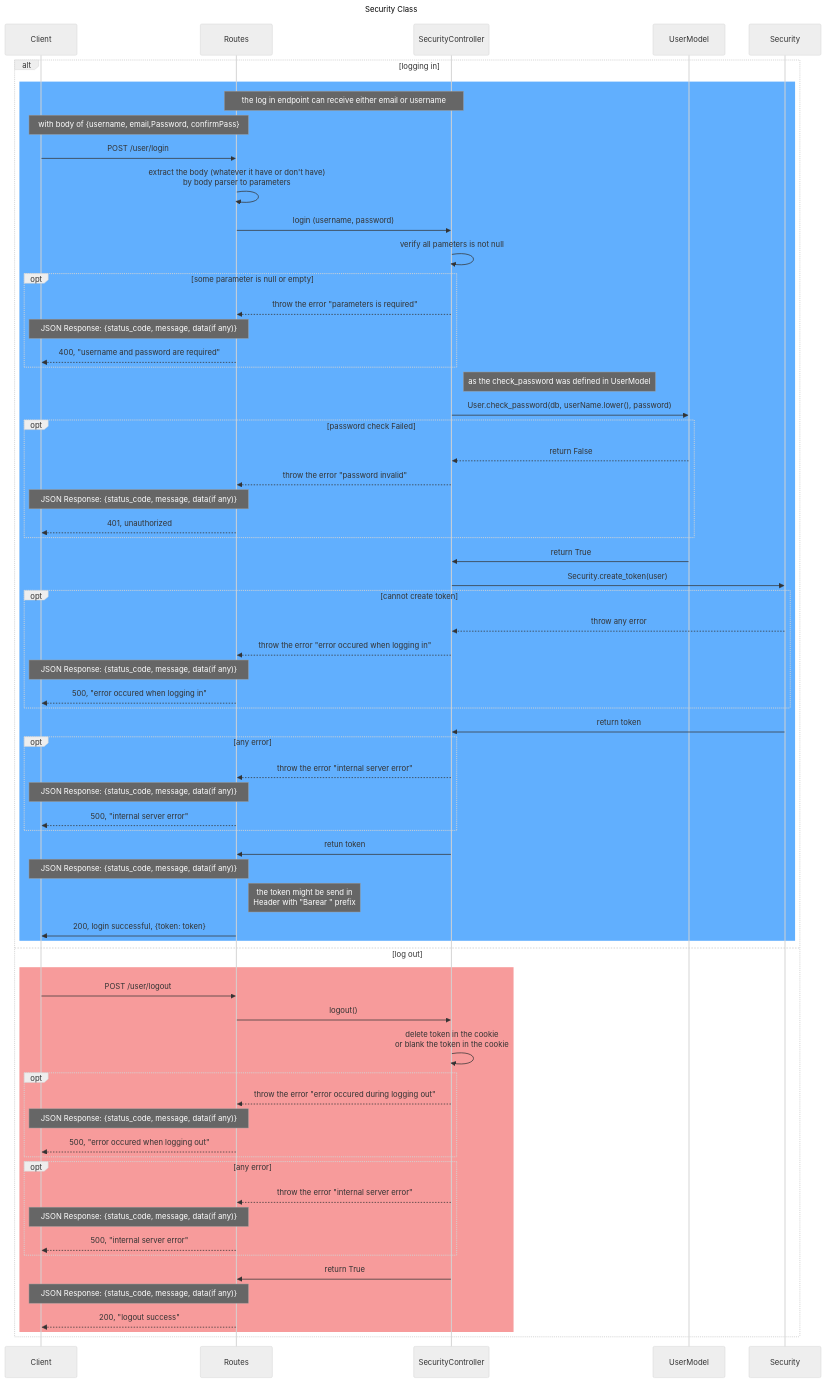
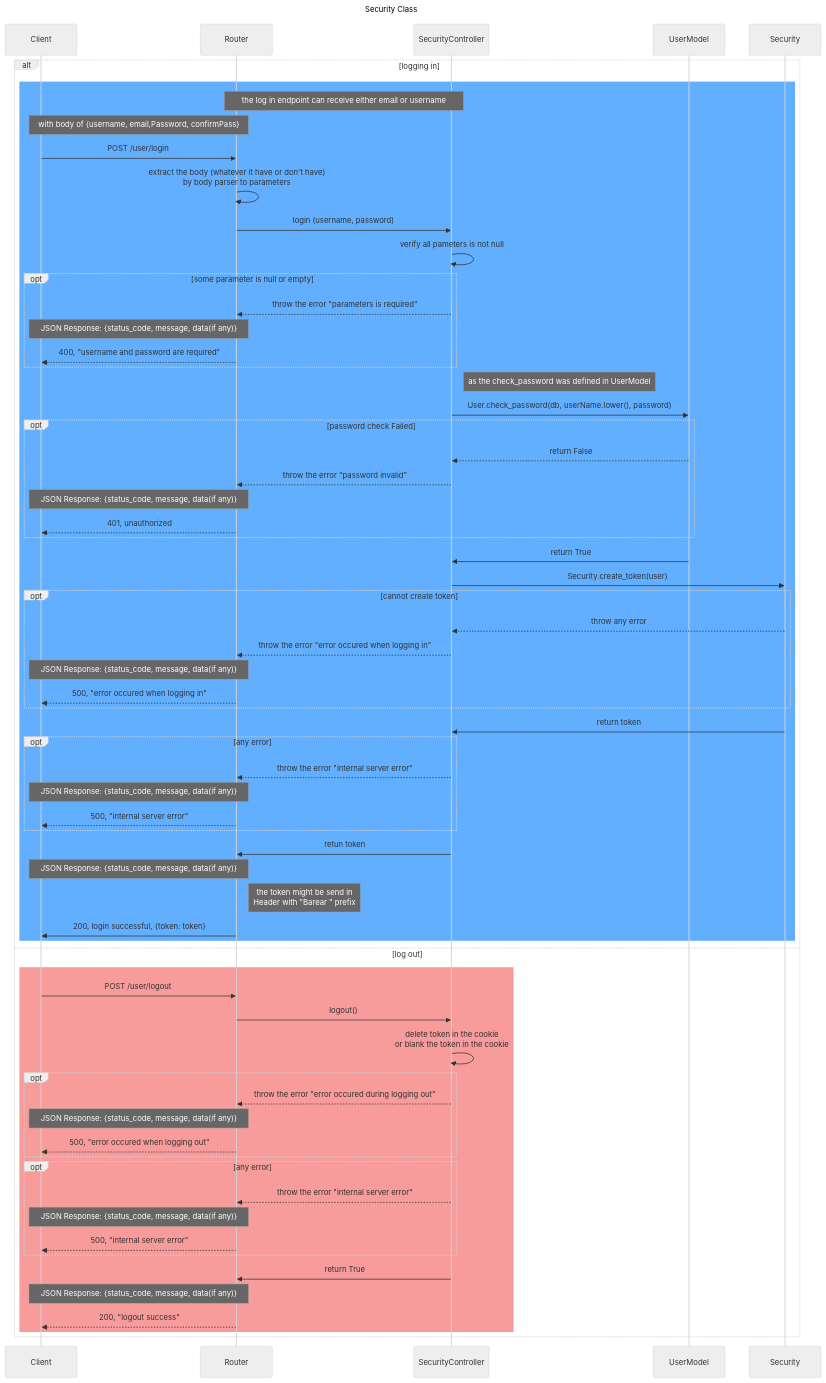
One commit to SawatKia/WealthTracking changed the diagram in design/Classes/Security.mmd. Above: the diagram before and after it, drawn with Mermaid (neutral theme). The commit also changed 7 other files, not shown here.

Commit message:
change Routes to Router

```diff
--- a/design/Classes/Security.mmd
+++ b/design/Classes/Security.mmd
@@ -1,72 +1,72 @@
 sequenceDiagram
     title Security Class
     participant Client
-    participant Routes
+    participant Router
     participant SecurityController
     participant UserModel
     participant Security
     
 
     alt logging in
         rect rgb(97,175,254)
-            Note over Routes, SecurityController: the log in endpoint can receive either email or username
-            Note over Routes, Client: with body of {username, email,Password, confirmPass}
-            Client->>Routes: POST /user/login
-            Routes->>Routes: extract the body (whatever it have or don't have)<br> by body parser to parameters
-            Routes->>SecurityController: login (username, password)
+            Note over Router, SecurityController: the log in endpoint can receive either email or username
+            Note over Router, Client: with body of {username, email,Password, confirmPass}
+            Client->>Router: POST /user/login
+            Router->>Router: extract the body (whatever it have or don't have)<br> by body parser to parameters
+            Router->>SecurityController: login (username, password)
             SecurityController->>SecurityController: verify all pameters is not null 
             opt some parameter is null or empty
-                SecurityController-->>Routes: throw the error "parameters is required"
-                Note over Routes,Client: JSON Response: {status_code, message, data(if any)}
-                Routes-->>Client: 400, "username and password are required"
+                SecurityController-->>Router: throw the error "parameters is required"
+                Note over Router,Client: JSON Response: {status_code, message, data(if any)}
+                Router-->>Client: 400, "username and password are required"
             end
             Note right of  SecurityController: as the check_password was defined in UserModel
             SecurityController->>UserModel: User.check_password(db, userName.lower(), password)
             opt password check Failed
                 UserModel-->>SecurityController: return False
-                SecurityController-->>Routes: throw the error "password invalid"
-                Note over Routes,Client: JSON Response: {status_code, message, data(if any)}
-                Routes-->>Client: 401, unauthorized
+                SecurityController-->>Router: throw the error "password invalid"
+                Note over Router,Client: JSON Response: {status_code, message, data(if any)}
+                Router-->>Client: 401, unauthorized
             end
             UserModel->>SecurityController: return True
             SecurityController->>Security: Security.create_token(user)
             opt cannot create token
                 Security-->>SecurityController: throw any error
-                SecurityController-->>Routes: throw the error "error occured when logging in"
-                Note over Routes,Client: JSON Response: {status_code, message, data(if any)}
-                Routes-->>Client: 500, "error occured when logging in"
+                SecurityController-->>Router: throw the error "error occured when logging in"
+                Note over Router,Client: JSON Response: {status_code, message, data(if any)}
+                Router-->>Client: 500, "error occured when logging in"
             end
             Security->>SecurityController: return token
             opt any error
-                SecurityController-->>Routes: throw the error "internal server error"
-                Note over Routes,Client: JSON Response: {status_code, message, data(if any)}
-                Routes-->>Client: 500, "internal server error"
+                SecurityController-->>Router: throw the error "internal server error"
+                Note over Router,Client: JSON Response: {status_code, message, data(if any)}
+                Router-->>Client: 500, "internal server error"
             end
-            SecurityController->>Routes:retun token
-            Note over Routes,Client: JSON Response: {status_code, message, data(if any)}
-            Note right of Routes: the token might be send in<br> Header with "Barear " prefix
-            Routes->>Client: 200, login successful, {token: token}
+            SecurityController->>Router:retun token
+            Note over Router,Client: JSON Response: {status_code, message, data(if any)}
+            Note right of Router: the token might be send in<br> Header with "Barear " prefix
+            Router->>Client: 200, login successful, {token: token}
         end
     
     else log out
         rect rgb(247,155,155)
-            Client->>Routes: POST /user/logout
-            Routes->>SecurityController: logout()
+            Client->>Router: POST /user/logout
+            Router->>SecurityController: logout()
             %% delete token in the cookie is when for not enable cors but this Application enable cors, examine this condition
             SecurityController->>SecurityController: delete token in the cookie <br>or blank the token in the cookie
             opt
-                SecurityController-->>Routes: throw the error "error occured during logging out"
-                Note over Routes,Client: JSON Response: {status_code, message, data(if any)}
-                Routes-->>Client: 500, "error occured when logging out"
+                SecurityController-->>Router: throw the error "error occured during logging out"
+                Note over Router,Client: JSON Response: {status_code, message, data(if any)}
+                Router-->>Client: 500, "error occured when logging out"
             end
             opt any error
-                SecurityController-->>Routes: throw the error "internal server error"
-                Note over Routes,Client: JSON Response: {status_code, message, data(if any)}
-                Routes-->>Client: 500, "internal server error"
+                SecurityController-->>Router: throw the error "internal server error"
+                Note over Router,Client: JSON Response: {status_code, message, data(if any)}
+                Router-->>Client: 500, "internal server error"
             end
-            SecurityController->>Routes: return True
-            Note over Routes,Client: JSON Response: {status_code, message, data(if any)}
-            Routes-->>Client: 200, "logout success"
+            SecurityController->>Router: return True
+            Note over Router,Client: JSON Response: {status_code, message, data(if any)}
+            Router-->>Client: 200, "logout success"
         end
 
     end 
```
